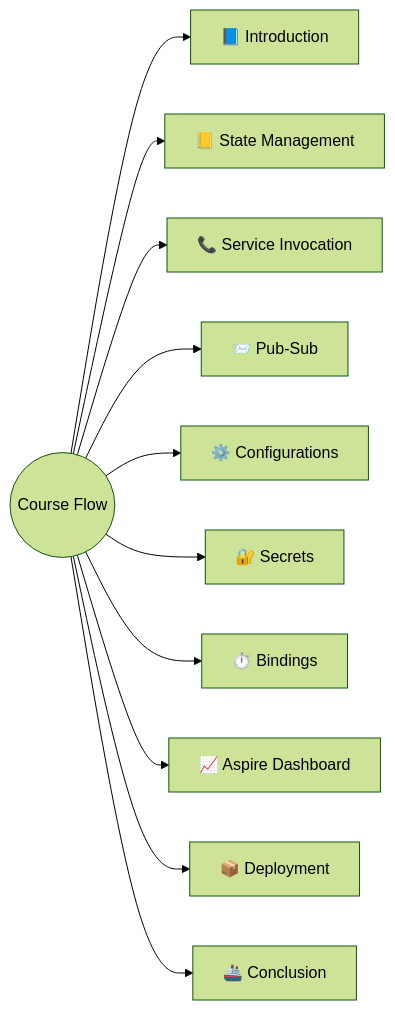
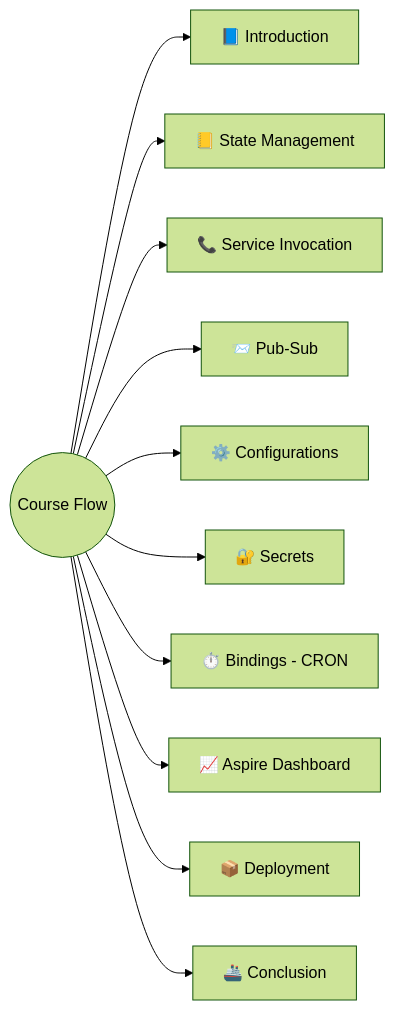
One commit to NetRecipes/NetRecipes.github.io changed the diagram in content/courses/dapr-aspire/_index.md. Above: the diagram before and after it, drawn with Mermaid (forest theme).

Commit message:
Update title for Bindings

````diff
--- a/content/courses/dapr-aspire/_index.md
+++ b/content/courses/dapr-aspire/_index.md
@@ -7,36 +7,36 @@
 ```mermaid
 flowchart LR
     root((Course Flow))
     intro[📘 Introduction]
     sm[📒 State Management]
     si[📞 Service Invocation]
     ps[📨 Pub‑Sub]
     cfg[⚙️ Configurations]
     sec[🔐 Secrets]
-    bind[⏱️ Bindings]
+    bind[⏱️ Bindings - CRON]
     dash[📈 Aspire Dashboard]
     dep[📦 Deployment]
     concl[🚢 Conclusion]
 
     root --> intro
     root --> sm
     root --> si
     root --> ps
     root --> cfg
     root --> sec
     root --> bind
     root --> dash
     root --> dep
     root --> concl
 
     click intro "/courses/dapr-aspire/introduction/" "Go to Introduction"
     click sm "/courses/dapr-aspire/state-management/" "Go to State Management"
     click si "/courses/dapr-aspire/service-invocation/" "Go to Service Invocation"
     click ps "/courses/dapr-aspire/pub-sub/" "Go to Pub-Sub"
     click cfg "/courses/dapr-aspire/configurations/" "Go to Configurations"
     click sec "/courses/dapr-aspire/secrets/" "Go to Secrets"
-    click bind "/courses/dapr-aspire/bindings/" "Go to Bindings"
+    click bind "/courses/dapr-aspire/bindings/" "Go to Bindings - CRON"
     click dash "/courses/dapr-aspire/aspire-dashboard/" "Go to Aspire Dashboard"
     click dep "/courses/dapr-aspire/deployment/" "Go to Deployment"
     click concl "/courses/dapr-aspire/conclusion/" "Go to Conclusion"
 ```
````
